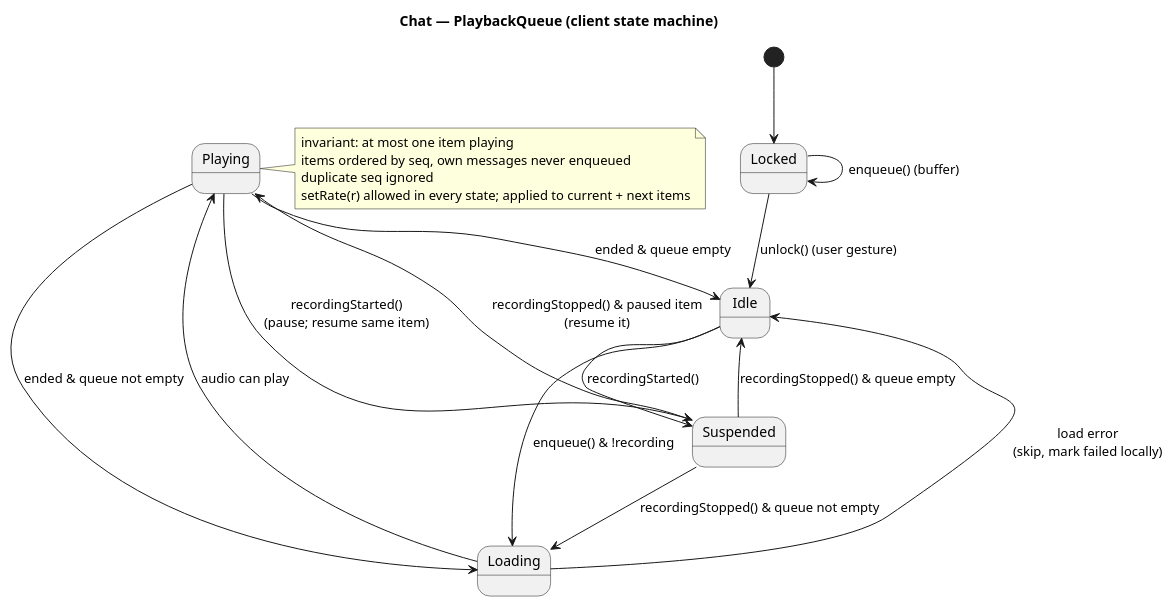
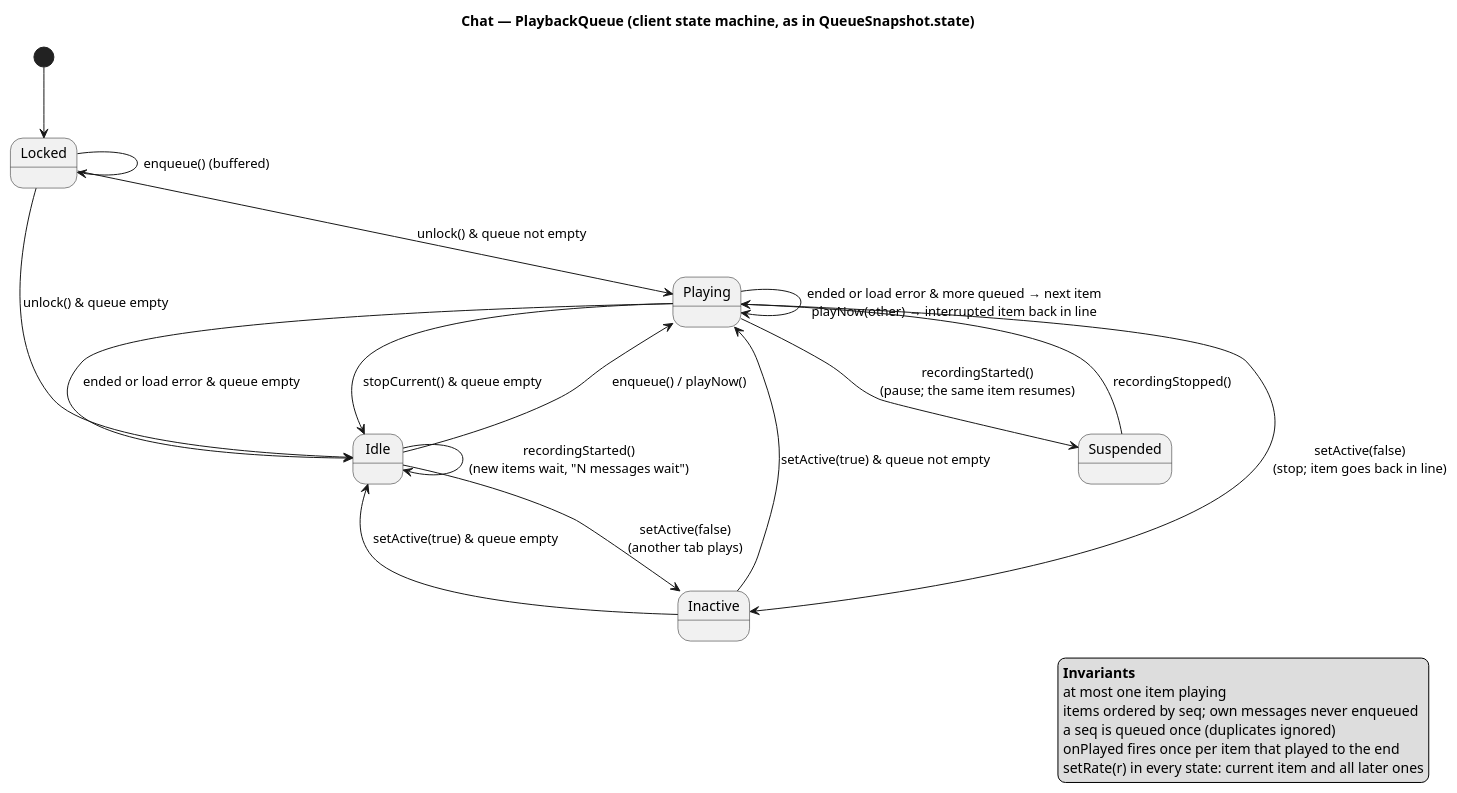
The fifth of 7 diagrams in specs/chat/uml-diagrams.puml (Salma-Mahmoudd/pushtalk), drawn with PlantUML before and after one commit. The commit also changed other lines of this file and 21 other files, not shown here.

First line of the commit message:
docs(specs): align plans and diagrams with what was built

```diff
--- a/specs/chat/uml-diagrams.puml
+++ b/specs/chat/uml-diagrams.puml
@@ -225,27 +229,33 @@
 @startuml uml-diagrams-playback-queue-states
-title Chat — PlaybackQueue (client state machine)
+title Chat — PlaybackQueue (client state machine, as in QueueSnapshot.state)
 
 skinparam shadowing false
 skinparam defaultFontName Helvetica
+skinparam nodesep 60
+skinparam ranksep 70
 
 [*] --> Locked
-Locked --> Idle : unlock() (user gesture)
-Idle --> Loading : enqueue() & !recording
-Loading --> Playing : audio can play
-Loading --> Idle : load error\n(skip, mark failed locally)
-Playing --> Idle : ended & queue empty
-Playing --> Loading : ended & queue not empty
-Idle --> Suspended : recordingStarted()
-Playing --> Suspended : recordingStarted()\n(pause; resume same item)
-Suspended --> Playing : recordingStopped() & paused item\n(resume it)
-Suspended --> Idle : recordingStopped() & queue empty
-Suspended --> Loading : recordingStopped() & queue not empty
-Locked --> Locked : enqueue() (buffer)
+Locked --> Locked : enqueue() (buffered)
+Locked --> Playing : unlock() & queue not empty
+Locked --> Idle : unlock() & queue empty
+Idle --> Playing : enqueue() / playNow()
+Playing --> Playing : ended or load error & more queued → next item\nplayNow(other) → interrupted item back in line
+Playing --> Idle : ended or load error & queue empty
+Playing --> Idle : stopCurrent() & queue empty
+Playing --> Suspended : recordingStarted()\n(pause; the same item resumes)
+Suspended --> Playing : recordingStopped()
+Idle --> Idle : recordingStarted()\n(new items wait, "N messages wait")
+Idle --> Inactive : setActive(false)\n(another tab plays)
+Playing --> Inactive : setActive(false)\n(stop; item goes back in line)
+Inactive --> Playing : setActive(true) & queue not empty
+Inactive --> Idle : setActive(true) & queue empty
 
-note right of Playing
-  invariant: at most one item playing
-  items ordered by seq, own messages never enqueued
-  duplicate seq ignored
-  setRate(r) allowed in every state; applied to current + next items
-end note
+legend right
+  **Invariants**
+  at most one item playing
+  items ordered by seq; own messages never enqueued
+  a seq is queued once (duplicates ignored)
+  onPlayed fires once per item that played to the end
+  setRate(r) in every state: current item and all later ones
+endlegend
 @enduml
```
